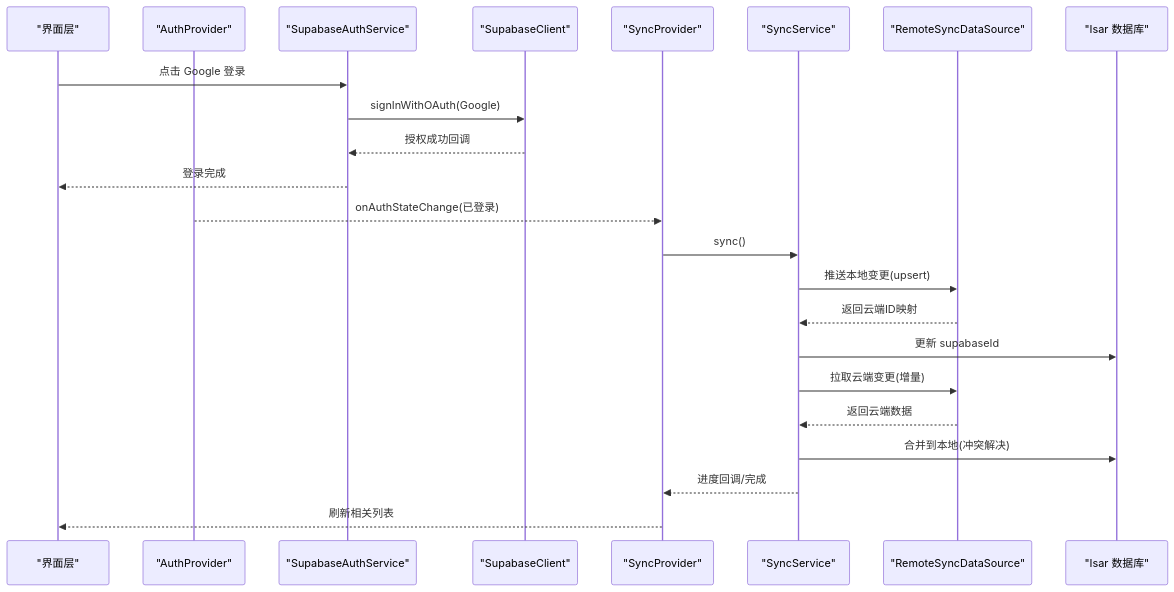
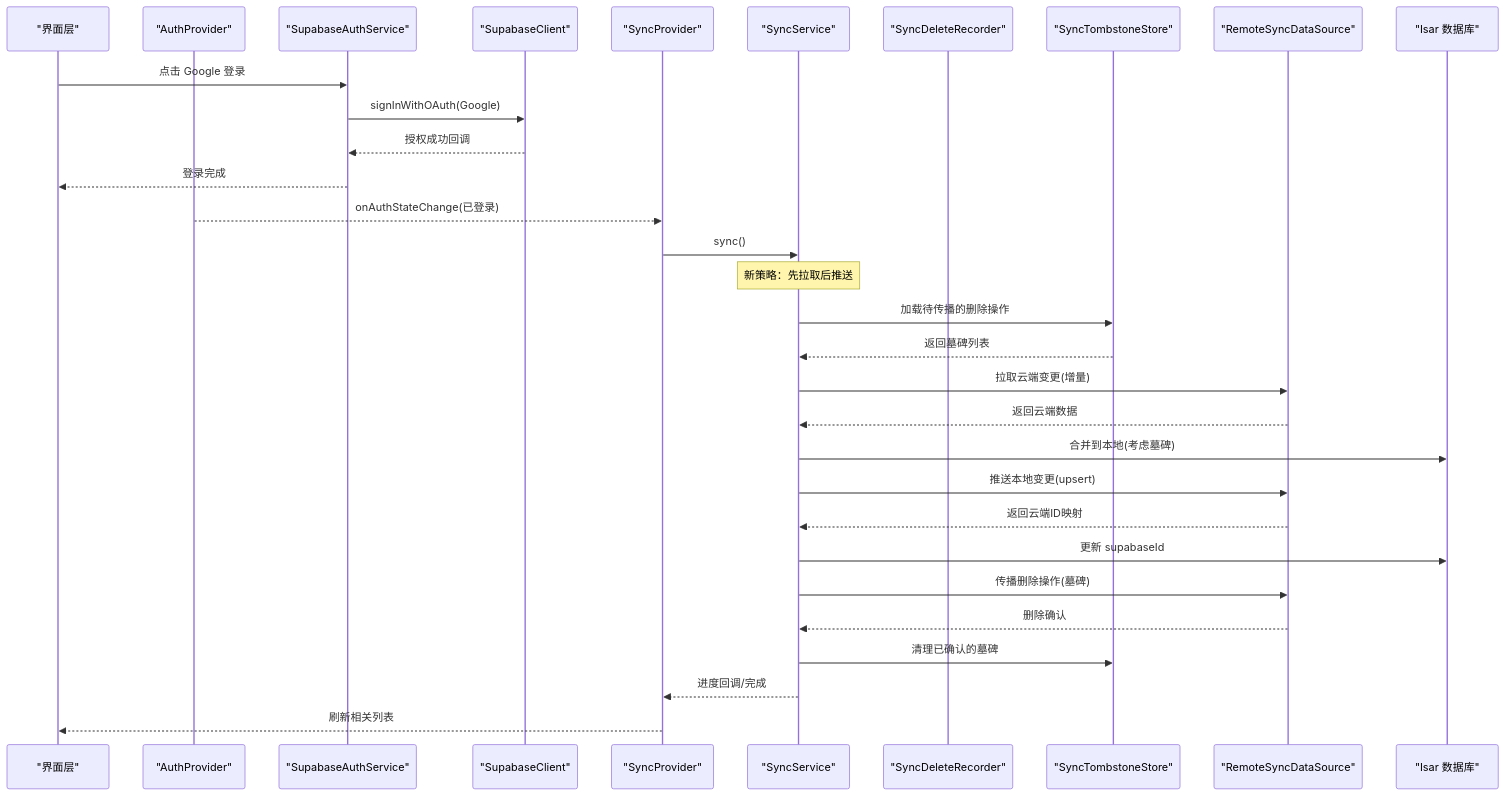
Before and after one commit to ZTfer/Tinycast: the second of 6 diagrams in .qoder/repowiki/zh/content/核心功能模块/云同步功能.md, drawn with Mermaid. The commit also changed other lines of this file and 210 other files, not shown here.

````diff
--- a/.qoder/repowiki/zh/content/核心功能模块/云同步功能.md
+++ b/.qoder/repowiki/zh/content/核心功能模块/云同步功能.md
@@ -99,25 +121,33 @@
 ```mermaid
 sequenceDiagram
 participant UI as "界面层"
 participant AuthProv as "AuthProvider"
 participant AuthSvc as "SupabaseAuthService"
 participant Supa as "SupabaseClient"
 participant SyncProv as "SyncProvider"
 participant SyncSvc as "SyncService"
+participant DeleteRecorder as "SyncDeleteRecorder"
+participant TombstoneStore as "SyncTombstoneStore"
 participant Remote as "RemoteSyncDataSource"
 participant Isar as "Isar 数据库"
 UI->>AuthSvc : 点击 Google 登录
 AuthSvc->>Supa : signInWithOAuth(Google)
 Supa-->>AuthSvc : 授权成功回调
 AuthSvc-->>UI : 登录完成
 AuthProv-->>SyncProv : onAuthStateChange(已登录)
 SyncProv->>SyncSvc : sync()
+Note over SyncSvc : 新策略：先拉取后推送
+SyncSvc->>TombstoneStore : 加载待传播的删除操作
+TombstoneStore-->>SyncSvc : 返回墓碑列表
+SyncSvc->>Remote : 拉取云端变更(增量)
+Remote-->>SyncSvc : 返回云端数据
+SyncSvc->>Isar : 合并到本地(考虑墓碑)
 SyncSvc->>Remote : 推送本地变更(upsert)
 Remote-->>SyncSvc : 返回云端ID映射
 SyncSvc->>Isar : 更新 supabaseId
-SyncSvc->>Remote : 拉取云端变更(增量)
-Remote-->>SyncSvc : 返回云端数据
-SyncSvc->>Isar : 合并到本地(冲突解决)
+SyncSvc->>Remote : 传播删除操作(墓碑)
+Remote-->>SyncSvc : 删除确认
+SyncSvc->>TombstoneStore : 清理已确认的墓碑
 SyncSvc-->>SyncProv : 进度回调/完成
 SyncProv-->>UI : 刷新相关列表
 ```
````
